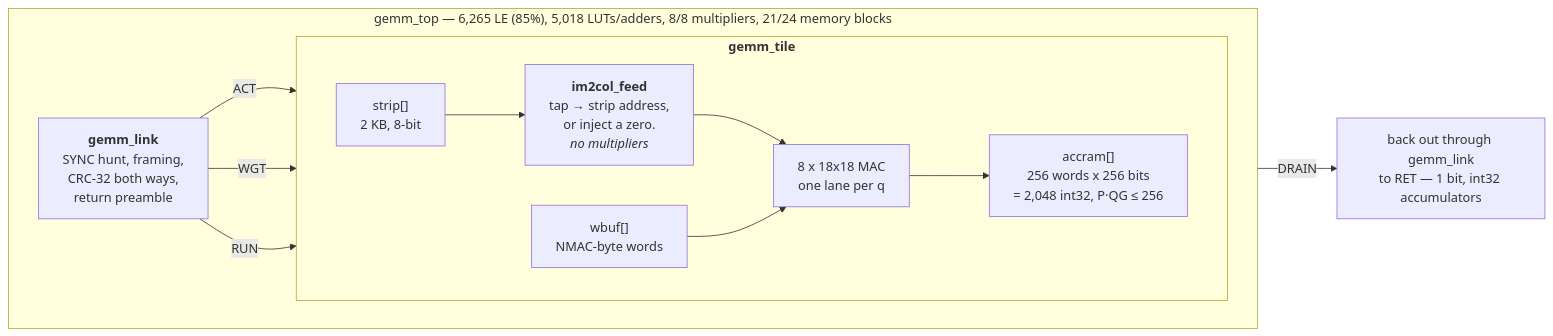
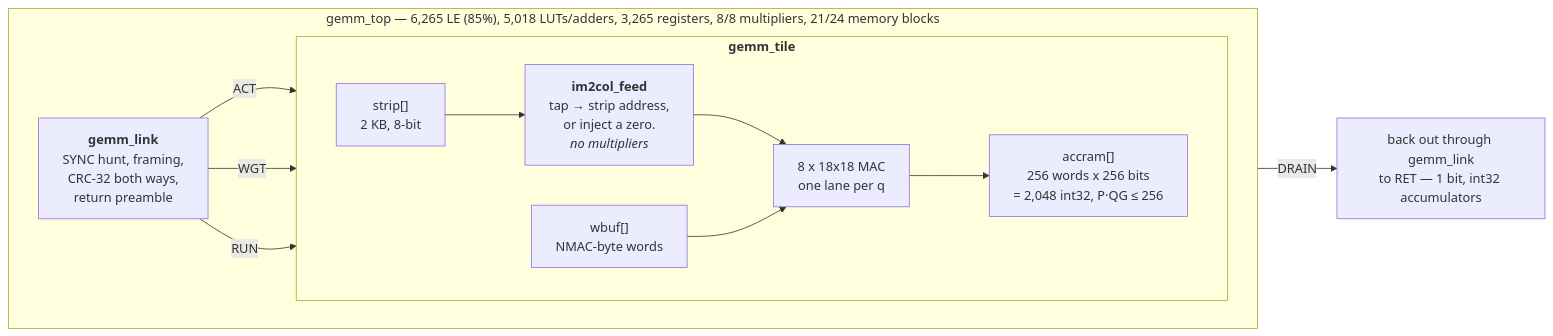
One commit to kazunori279/fpga-open-vocab changed the seventh of 10 diagrams in docs/architecture.md. Above: the diagram before and after it, drawn with Mermaid. The commit also changed other lines of this file and 13 other files, not shown here.

````diff
--- a/docs/architecture.md
+++ b/docs/architecture.md
@@ -515,24 +515,24 @@
 ```mermaid
 flowchart LR
-  subgraph GT["gemm_top — 6,265 LE (85%), 5,018 LUTs/adders, 8/8 multipliers, 21/24 memory blocks"]
+  subgraph GT["gemm_top — 6,265 LE (85%), 5,018 LUTs/adders, 3,265 registers, 8/8 multipliers, 21/24 memory blocks"]
     direction LR
     LINK["<b>gemm_link</b><br/>SYNC hunt, framing,<br/>CRC-32 both ways,<br/>return preamble"]
     subgraph TL["<b>gemm_tile</b>"]
       direction LR
       STRIP["strip[]<br/>2 KB, 8-bit"]
       WBUF["wbuf[]<br/>NMAC-byte words"]
       FEED["<b>im2col_feed</b><br/>tap → strip address,<br/>or inject a zero.<br/><i>no multipliers</i>"]
       MAC["8 x 18x18 MAC<br/>one lane per q"]
       ACC["accram[]<br/>256 words x 256 bits<br/>= 2,048 int32, P·QG ≤ 256"]
     end
   end
   RET["back out through gemm_link<br/>to RET — 1 bit, int32 accumulators"]
   LINK -->|ACT| STRIP
   LINK -->|WGT| WBUF
   LINK -->|RUN| FEED
   STRIP --> FEED
   FEED --> MAC
   WBUF --> MAC
   MAC --> ACC
   ACC -->|DRAIN| RET
 ```
````
